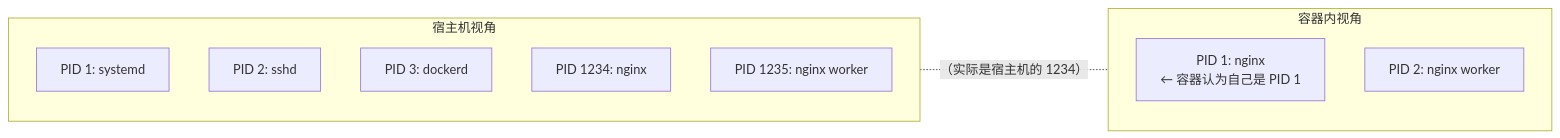
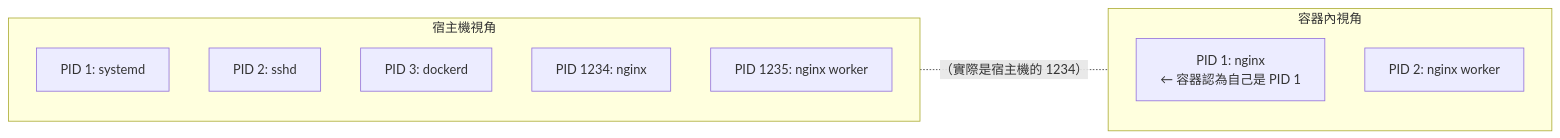
Before and after one commit to alexkuoecity/docker-practice-master-zh-tw: the first of 3 diagrams in 12_implementation/12.2_namespace.md, drawn with Mermaid. The commit also changed other lines of this file and 200 other files, not shown here.

````diff
--- a/12_implementation/12.2_namespace.md
+++ b/12_implementation/12.2_namespace.md
@@ -9,19 +9,19 @@
 ```mermaid
 flowchart LR
-    subgraph Host ["宿主机视角"]
+    subgraph Host ["宿主機視角"]
         direction TB
         H1["PID 1: systemd"]
         H2["PID 2: sshd"]
         H3["PID 3: dockerd"]
         H4["PID 1234: nginx"]
         H5["PID 1235: nginx worker"]
     end
 
-    subgraph Container ["容器内视角"]
+    subgraph Container ["容器內視角"]
         direction TB
-        C1["PID 1: nginx<br/>← 容器认为自己是 PID 1"]
+        C1["PID 1: nginx<br/>← 容器認為自己是 PID 1"]
         C2["PID 2: nginx worker"]
     end
 
-    H4 -. "（实际是宿主机的 1234）" .- C1
+    H4 -. "（實際是宿主機的 1234）" .- C1
 ```
````
